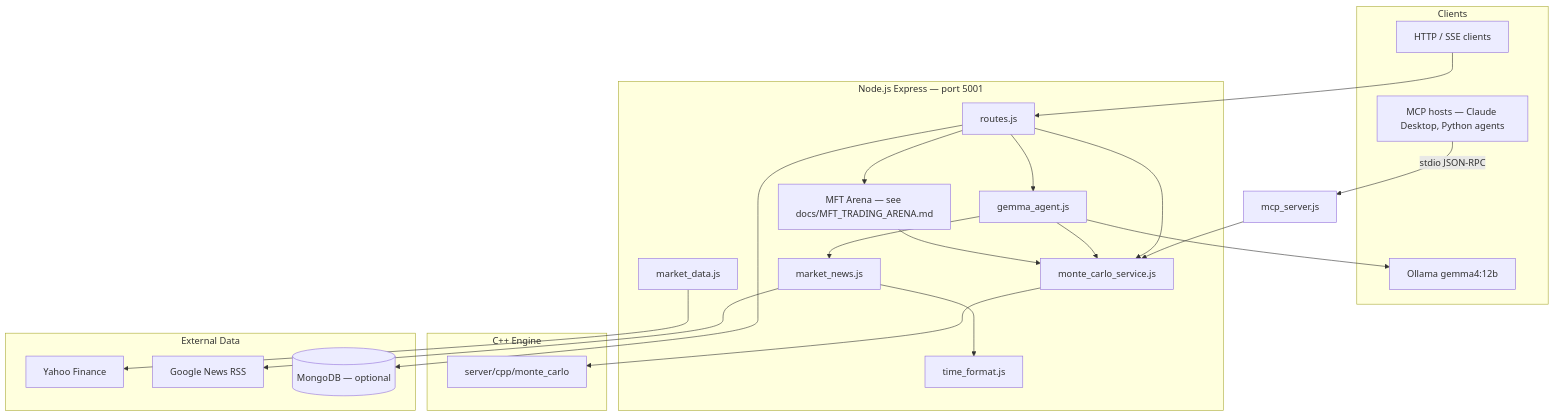
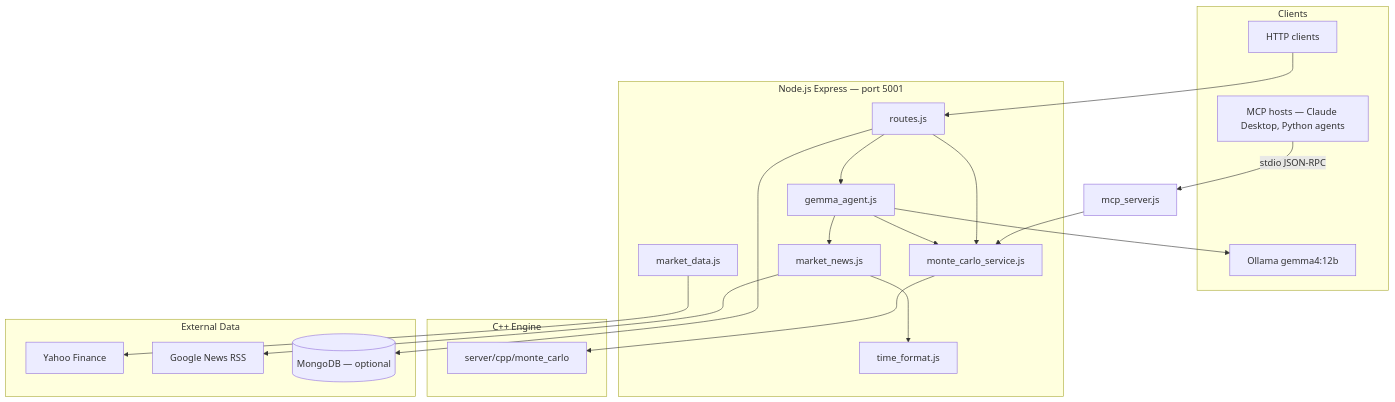
The diagram in README.md (focus-0/monteCarloSuite), drawn with Mermaid before and after one commit. The commit also changed other lines of this file and 11 other files, not shown here.

Commit message:
remove MFT trading arena backend and related intraday/risk utilities

````diff
--- a/README.md
+++ b/README.md
@@ -13,44 +13,41 @@
 ```mermaid
 flowchart TB
   subgraph clients [Clients]
-    HTTP[HTTP / SSE clients]
+    HTTP[HTTP clients]
     MCPClient[MCP hosts — Claude Desktop, Python agents]
     Ollama[Ollama gemma4:12b]
   end
 
   subgraph server [Node.js Express — port 5001]
     Routes[routes.js]
     Gemma[gemma_agent.js]
-    Arena["MFT Arena — see docs/MFT_TRADING_ARENA.md"]
     News[market_news.js]
     Market[market_data.js]
     TimeFmt[time_format.js]
     MCService[monte_carlo_service.js]
   end
 
   subgraph native [C++ Engine]
     Binary[server/cpp/monte_carlo]
   end
 
   subgraph external [External Data]
     Yahoo[Yahoo Finance]
     GNews[Google News RSS]
     Mongo[(MongoDB — optional)]
   end
 
   MCPClient -->|stdio JSON-RPC| MCPServer[mcp_server.js]
   MCPServer --> MCService
   HTTP --> Routes
   Routes --> MCService
   Routes --> Gemma
-  Routes --> Arena
   Gemma --> Ollama
   Gemma --> News
   Gemma --> MCService
-  Arena --> MCService
   MCService --> Binary
   Market --> Yahoo
   News --> GNews
   News --> TimeFmt
   Routes --> Mongo
 ```
````
